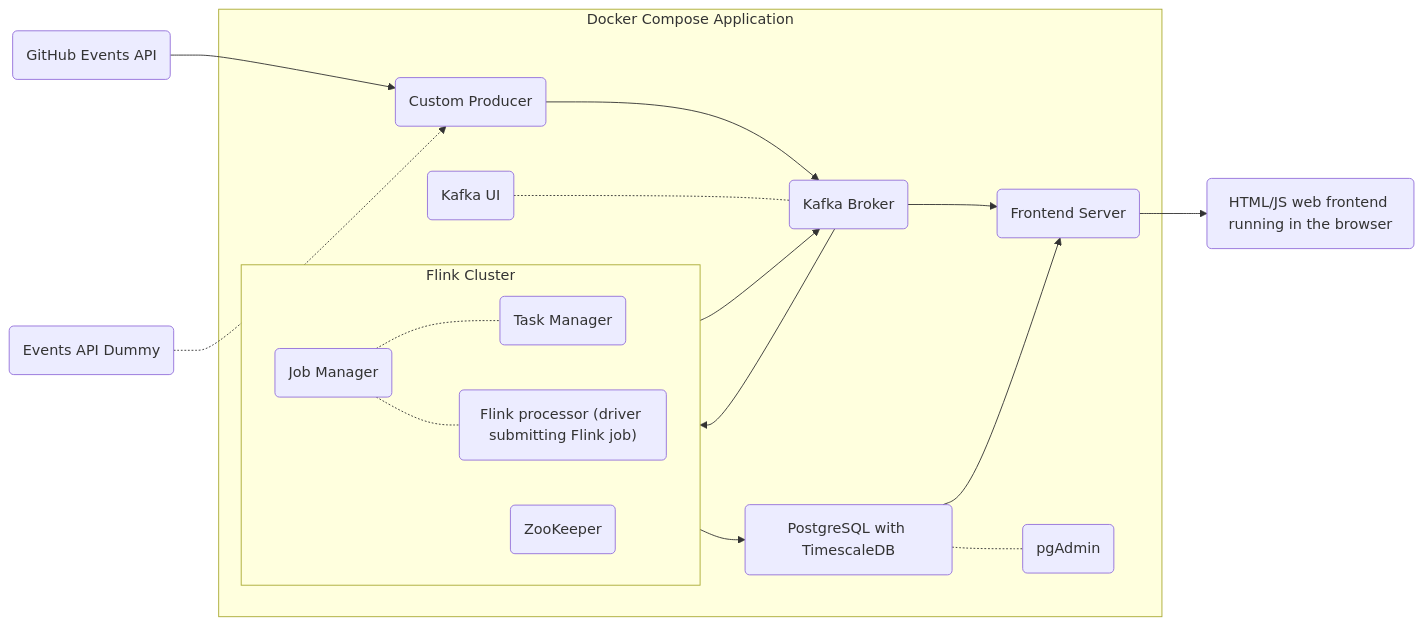
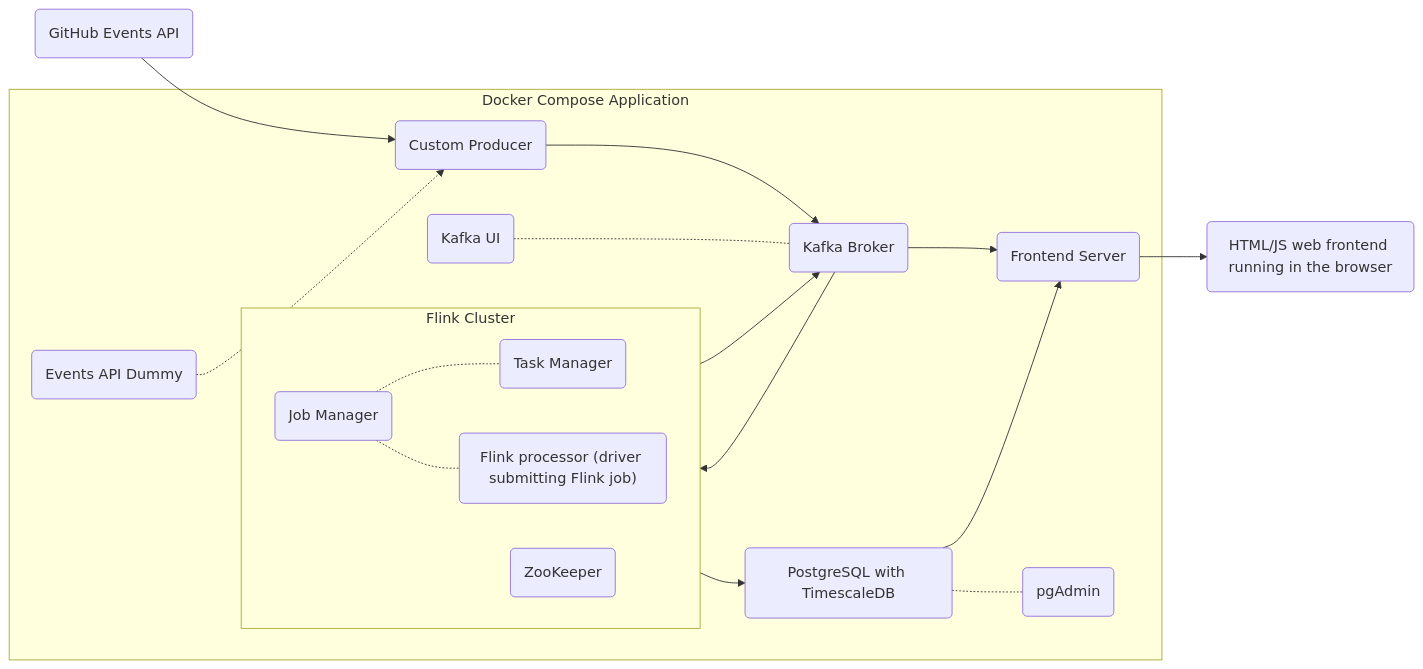
One commit to rolandbernard/rtbdp-project changed the diagram in docs/architecture.md. Above: the diagram before and after it, drawn with Mermaid. The commit also changed 3 other files, not shown here.

Commit message:
Created updated architecture diagram.

````diff
--- a/docs/architecture.md
+++ b/docs/architecture.md
@@ -5,34 +5,34 @@
 ```mermaid
 flowchart LR
     api("GitHub Events API")
-    dummy("Events API Dummy")
     ui("HTML/JS web frontend running in the browser")
     subgraph app ["Docker Compose Application"]
+        dummy("Events API Dummy")
         producer("Custom Producer")
         frontend("Frontend Server")
         broker("Kafka Broker")
         kafkaui("Kafka UI")
         subgraph flink ["Flink Cluster"]
             direction LR
             jobmanager("Job Manager")
             taskmanager("Task Manager")
             zoo("ZooKeeper")
             processor("Flink processor (driver submitting Flink job)")
         end
         postgres("PostgreSQL with TimescaleDB")
         pgadmin("pgAdmin")
     end
     api --> producer
     dummy -.-> producer
     producer --> broker
     broker --> flink
     flink --> broker
     flink --> postgres
     broker --> frontend
     postgres --> frontend
     frontend --> ui
     kafkaui -.- broker
     postgres -.- pgadmin
     jobmanager -.- taskmanager
     jobmanager -.- processor
 ```
````
